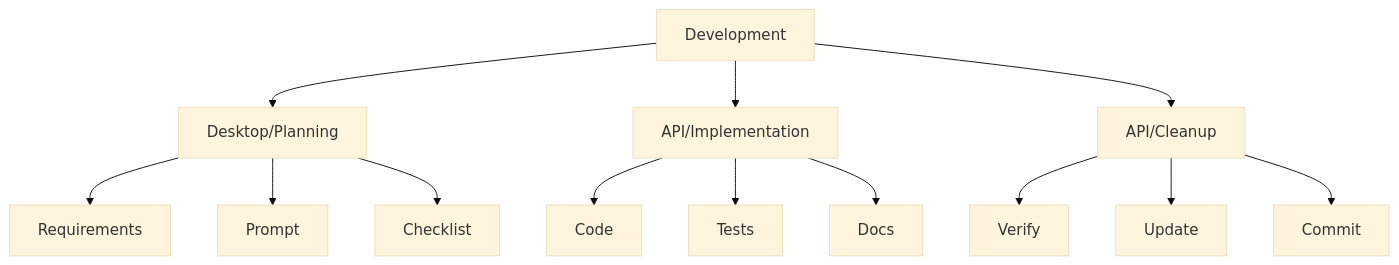
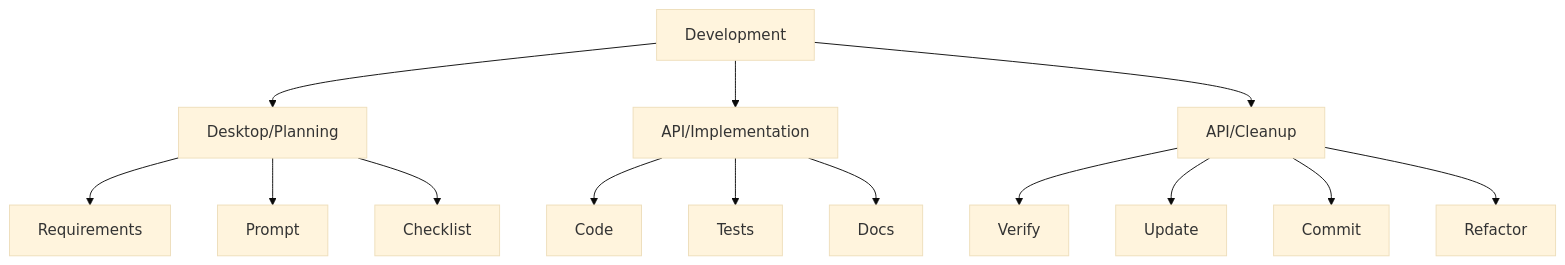
One commit to jerseycheese/BootHillGM changed the diagram in Docs/development/workflows/index.md. Above: the diagram before and after it, drawn with Mermaid (base theme). The commit also changed other lines of this file and 2 other files, not shown here.

````diff
--- a/Docs/development/workflows/index.md
+++ b/Docs/development/workflows/index.md
@@ -25,15 +26,16 @@
 ```mermaid
 graph TD
     A[Development] --> B[Desktop/Planning]
     A --> C[API/Implementation]
     A --> D[API/Cleanup]
     B --> E[Requirements]
     B --> F[Prompt]
     B --> G[Checklist]
     C --> H[Code]
     C --> I[Tests]
     C --> J[Docs]
     D --> K[Verify]
     D --> L[Update]
     D --> M[Commit]
+    D --> N[Refactor]
 ```
````
